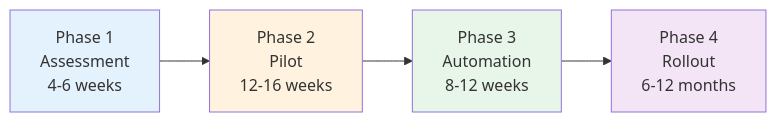
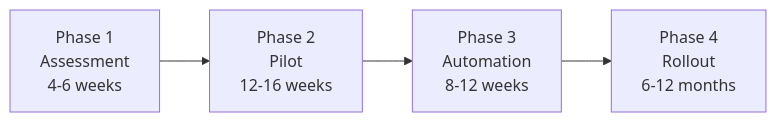
One commit to ready-to-release/eac changed the diagram in docs/explanation/transformation/transformation-framework.md. Above: the diagram before and after it, drawn with Mermaid. The commit also changed 28 other files, not shown here.

````diff
--- a/docs/explanation/transformation/transformation-framework.md
+++ b/docs/explanation/transformation/transformation-framework.md
@@ -22,11 +22,7 @@
 ```mermaid
 flowchart LR
     P1[Phase 1<br/>Assessment<br/>4-6 weeks] --> P2[Phase 2<br/>Pilot<br/>12-16 weeks]
     P2 --> P3[Phase 3<br/>Automation<br/>8-12 weeks]
     P3 --> P4[Phase 4<br/>Rollout<br/>6-12 months]
 
-    style P1 fill:#e3f2fd
-    style P2 fill:#fff3e0
-    style P3 fill:#e8f5e9
-    style P4 fill:#f3e5f5
 ```
````
